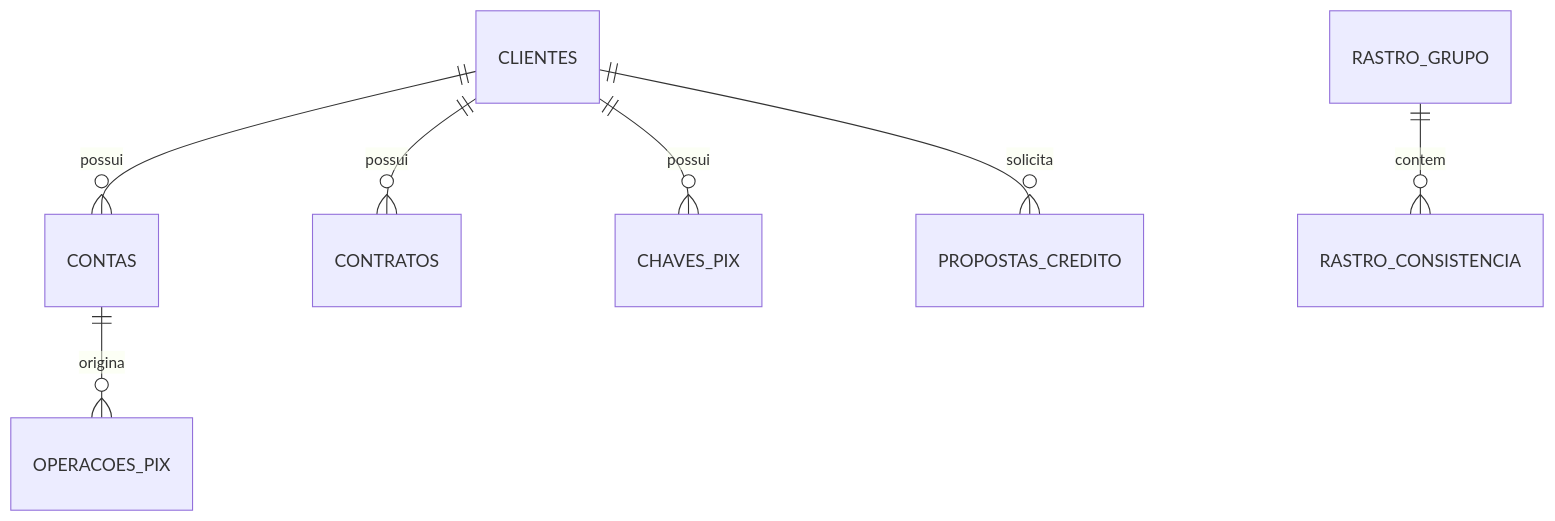
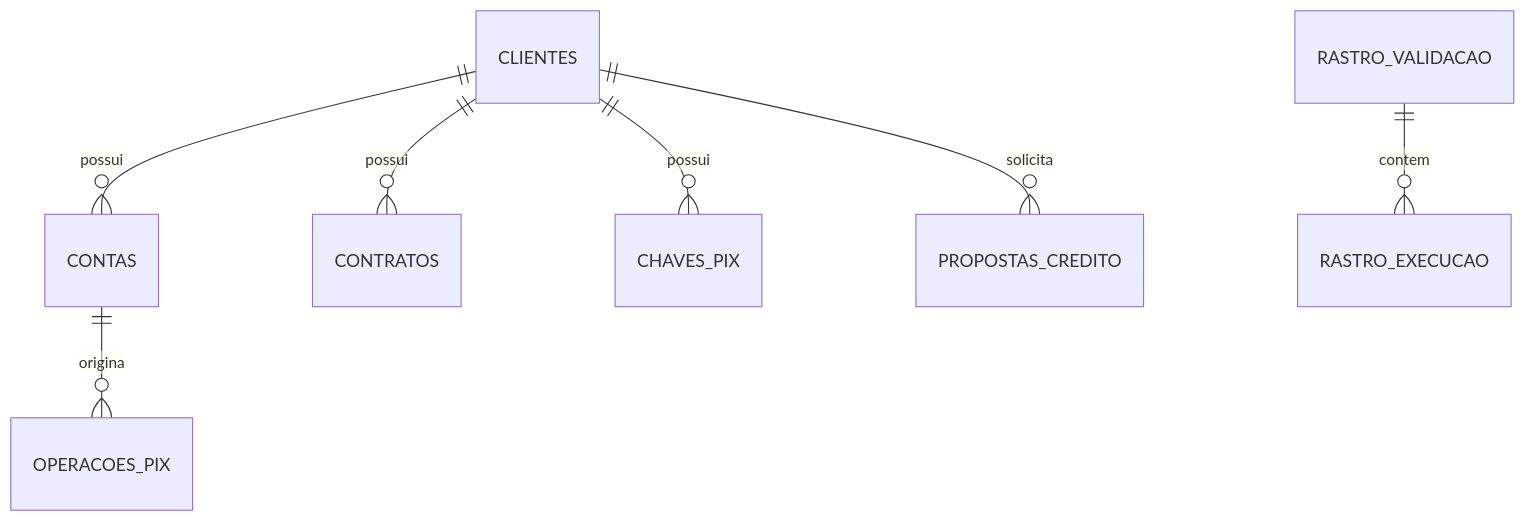
The diagram in docs/data-model.md (odevpedro/nucleo-validacao), drawn with Mermaid before and after one commit. The commit also changed other lines of this file and 125 other files, not shown here.

````diff
--- a/docs/data-model.md
+++ b/docs/data-model.md
@@ -30,10 +30,10 @@
 ```mermaid
 erDiagram
     CLIENTES ||--o{ CONTAS : "possui"
     CLIENTES ||--o{ CONTRATOS : "possui"
     CLIENTES ||--o{ CHAVES_PIX : "possui"
     CLIENTES ||--o{ PROPOSTAS_CREDITO : "solicita"
     CONTAS ||--o{ OPERACOES_PIX : "origina"
 
-    RASTRO_GRUPO ||--o{ RASTRO_CONSISTENCIA : "contem"
+    RASTRO_VALIDACAO ||--o{ RASTRO_EXECUCAO : "contem"
 ```
````
